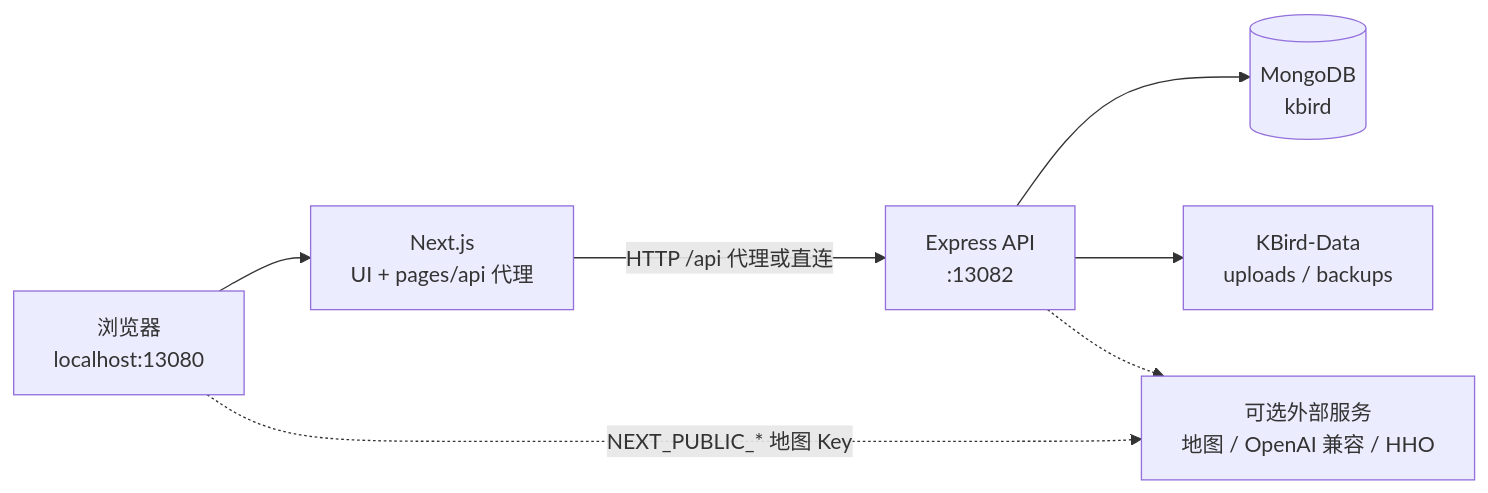
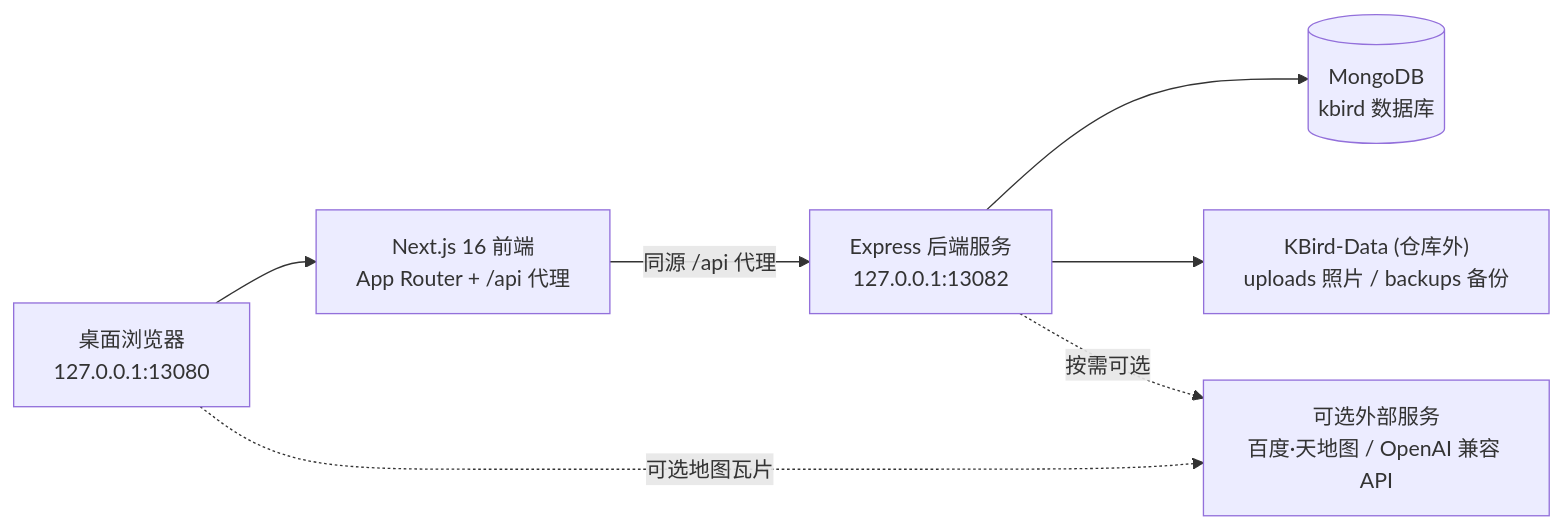
The diagram in README.md (fralium/kbird-project), drawn with Mermaid before and after one commit. The commit also changed other lines of this file, not shown here.

Commit message:
Docs: polish README.md for v1.2.0 with complete feature matrix and architecture guide.

````diff
--- a/README.md
+++ b/README.md
@@ -75,16 +76,16 @@
 ```mermaid
 flowchart LR
-  Browser["浏览器<br/>localhost:13080"]
-  Next["Next.js<br/>UI + pages/api 代理"]
-  API["Express API<br/>:13082"]
-  Mongo[(MongoDB<br/>kbird)]
-  Data["KBird-Data<br/>uploads / backups"]
-  Ext["可选外部服务<br/>地图 / OpenAI 兼容 / HHO"]
+  Browser["桌面浏览器<br/>127.0.0.1:13080"]
+  Next["Next.js 16 前端<br/>App Router + /api 代理"]
+  API["Express 后端服务<br/>127.0.0.1:13082"]
+  Mongo[("MongoDB<br/>kbird 数据库")]
+  Data["KBird-Data (仓库外)<br/>uploads 照片 / backups 备份"]
+  Ext["可选外部服务<br/>百度·天地图 / OpenAI 兼容 API"]
 
   Browser --> Next
-  Next -->|"HTTP /api 代理或直连"| API
+  Next -->|"同源 /api 代理"| API
   API --> Mongo
   API --> Data
-  API -.-> Ext
-  Browser -.->|"NEXT_PUBLIC_* 地图 Key"| Ext
+  API -.->|"按需可选"| Ext
+  Browser -.->|"可选地图瓦片"| Ext
 ```
````
